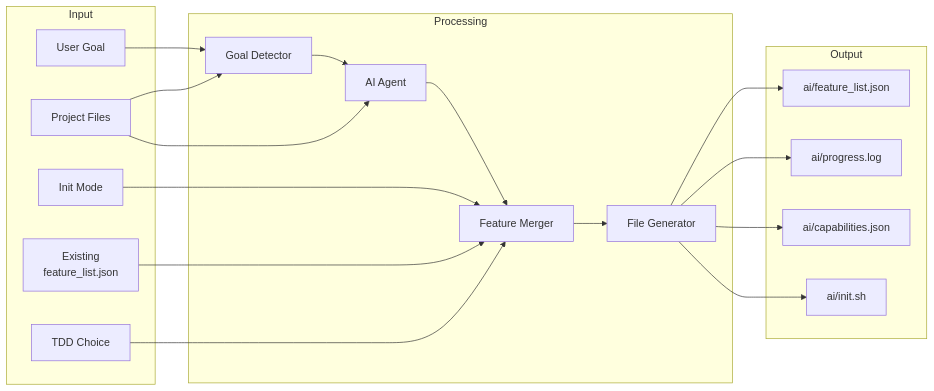
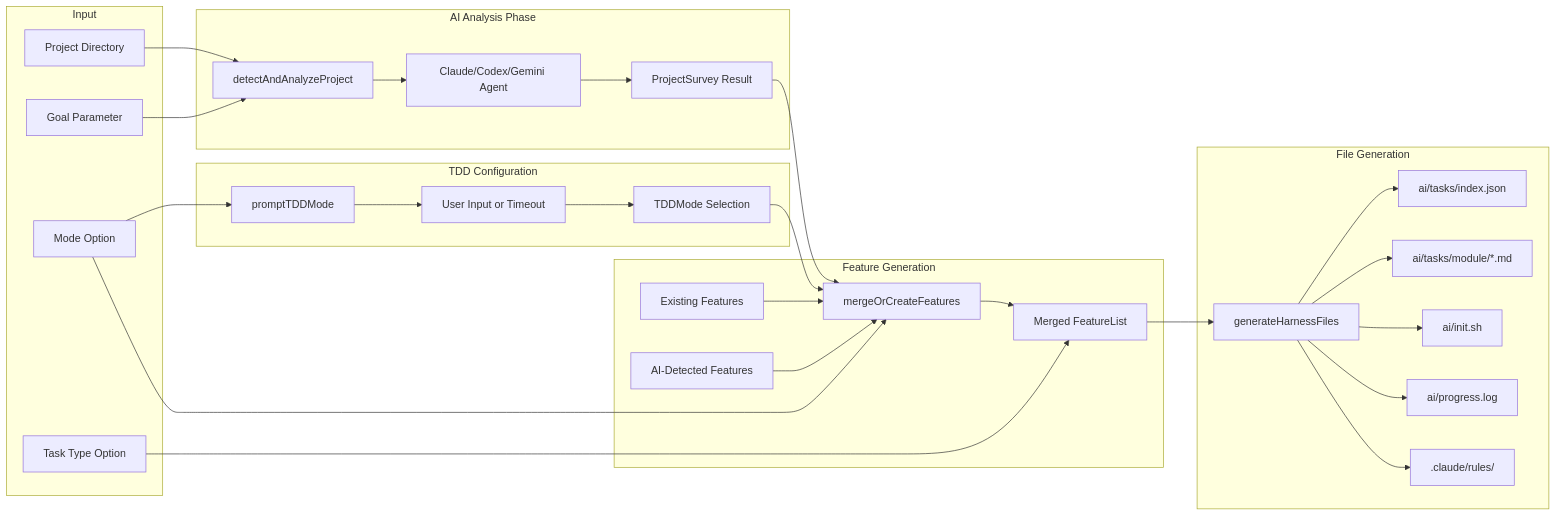
The second of 2 diagrams in docs/commands/init.md (jerejones/agent-foreman), drawn with Mermaid before and after one commit. The commit also changed other lines of this file and 379 other files, not shown here.

First line of the commit message:
feat: merge pro features into open-source version

````diff
--- a/docs/commands/init.md
+++ b/docs/commands/init.md
@@ -168,42 +90,61 @@
 ```mermaid
-flowchart LR
+graph LR
     subgraph Input
-        Goal[User Goal]
-        Mode[Init Mode]
-        TDDChoice[TDD Choice]
-        Project[Project Files]
-        ExistingFL[Existing<br/>feature_list.json]
+        A1[Project Directory]
+        A2[Goal Parameter]
+        A3[Mode Option]
+        A4[Task Type Option]
     end
 
-    subgraph Processing
-        GoalDetect[Goal Detector]
-        AIAgent[AI Agent]
-        FeatureMerge[Feature Merger]
-        FileGen[File Generator]
+    subgraph AI_Analysis["AI Analysis Phase"]
+        B1[detectAndAnalyzeProject]
+        B2[Claude/Codex/Gemini Agent]
+        B3[ProjectSurvey Result]
     end
 
-    subgraph Output
-        FeatureList[ai/feature_list.json]
-        ProgressLog[ai/progress.log]
-        Capabilities[ai/capabilities.json]
-        InitScript[ai/init.sh]
+    subgraph TDD_Config["TDD Configuration"]
+        C1[promptTDDMode]
+        C2[User Input or Timeout]
+        C3[TDDMode Selection]
     end
 
-    Goal --> GoalDetect
-    Project --> GoalDetect
-    GoalDetect --> AIAgent
+    subgraph Feature_Generation["Feature Generation"]
+        D1[mergeOrCreateFeatures]
+        D2[Existing Features]
+        D3[AI-Detected Features]
+        D4[Merged FeatureList]
+    end
 
-    Project --> AIAgent
-    AIAgent --> FeatureMerge
+    subgraph File_Generation["File Generation"]
+        E1[generateHarnessFiles]
+        E2[ai/tasks/index.json]
+        E3[ai/tasks/module/*.md]
+        E4[ai/init.sh]
+        E5[ai/progress.log]
+        E6[.claude/rules/]
+    end
 
-    Mode --> FeatureMerge
-    ExistingFL --> FeatureMerge
-    TDDChoice --> FeatureMerge
+    A1 --> B1
+    A2 --> B1
+    B1 --> B2
+    B2 --> B3
 
-    FeatureMerge --> FileGen
+    A3 --> C1
+    C1 --> C2
+    C2 --> C3
 
-    FileGen --> FeatureList
-    FileGen --> ProgressLog
-    FileGen --> Capabilities
-    FileGen --> InitScript
+    B3 --> D1
+    A3 --> D1
+    D2 --> D1
+    D3 --> D1
+    C3 --> D1
+    D1 --> D4
+
+    A4 --> D4
+    D4 --> E1
+    E1 --> E2
+    E1 --> E3
+    E1 --> E4
+    E1 --> E5
+    E1 --> E6
 ```
````
